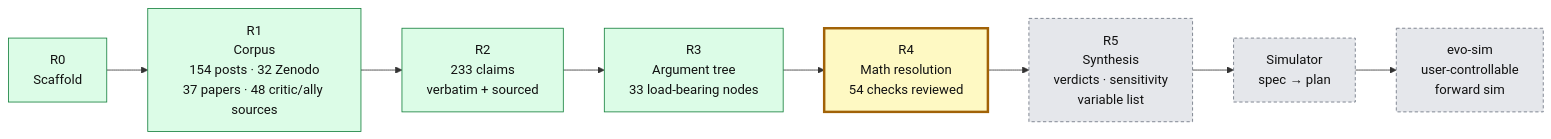
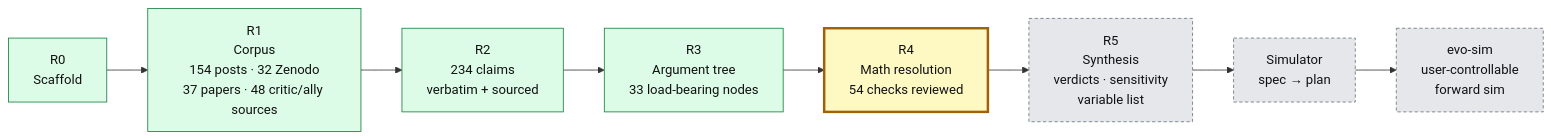
Before and after one commit to nickallevato/evo-sim: the second of 2 diagrams in README.md, drawn with Mermaid. The commit also changed other lines of this file and 20 other files, not shown here.

````diff
--- a/README.md
+++ b/README.md
@@ -272,14 +272,14 @@
 ```mermaid
 flowchart LR
   R0["R0<br/>Scaffold"]:::done --> R1["R1<br/>Corpus<br/>154 posts · 32 Zenodo<br/>37 papers · 48 critic/ally sources"]:::done
-  R1 --> R2["R2<br/>233 claims<br/>verbatim + sourced"]:::done
+  R1 --> R2["R2<br/>234 claims<br/>verbatim + sourced"]:::done
   R2 --> R3["R3<br/>Argument tree<br/>33 load-bearing nodes"]:::done
   R3 --> R4["R4<br/>Math resolution<br/>54 checks reviewed"]:::active
   R4 --> R5["R5<br/>Synthesis<br/>verdicts · sensitivity<br/>variable list"]:::todo
   R5 --> S1["Simulator<br/>spec → plan"]:::todo
   S1 --> S2["evo-sim<br/>user-controllable<br/>forward sim"]:::todo
 
   classDef done fill:#dcfce7,stroke:#15803d,color:#111
   classDef active fill:#fef9c3,stroke:#a16207,stroke-width:3px,color:#111
   classDef todo fill:#e5e7eb,stroke:#6b7280,color:#111,stroke-dasharray:4 3
 ```
````
